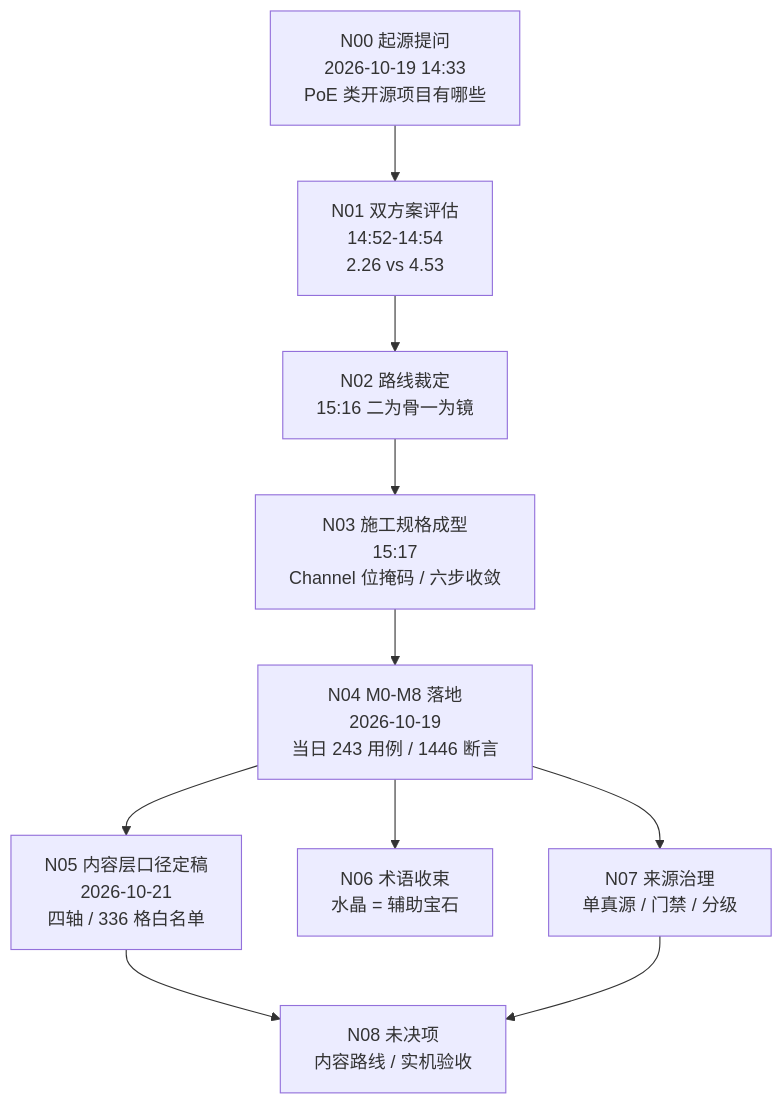
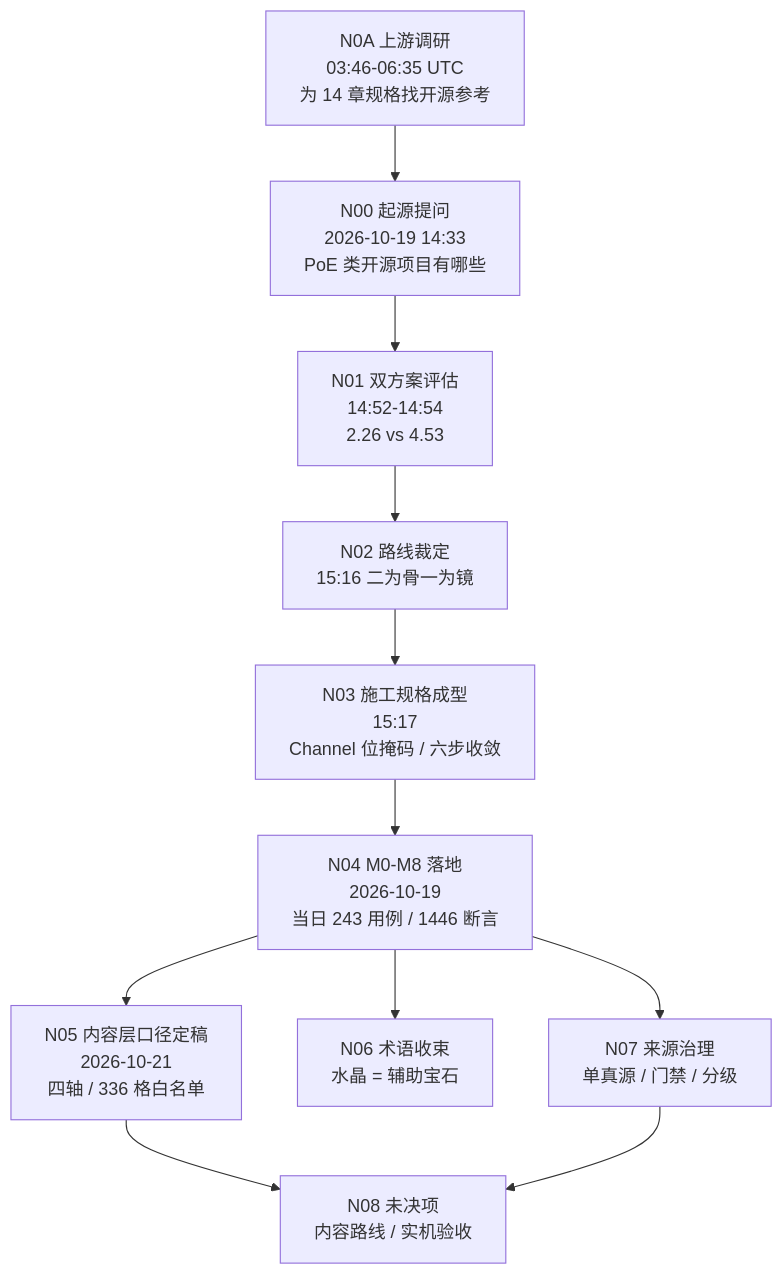
One commit to sg229552371/skill-editor-godot changed the diagram in mods/jes-skills/docs/项目记忆图谱与证据链_v1.md. Above: the diagram before and after it, drawn with Mermaid. The commit also changed other lines of this file and 3 other files, not shown here.

````diff
--- a/mods/jes-skills/docs/项目记忆图谱与证据链_v1.md
+++ b/mods/jes-skills/docs/项目记忆图谱与证据链_v1.md
@@ -29,12 +29,13 @@
 ```mermaid
 graph TD
+    N0A["N0A 上游调研<br/>03:46-06:35 UTC<br/>为 14 章规格找开源参考"] --> N00
     N00["N00 起源提问<br/>2026-10-19 14:33<br/>PoE 类开源项目有哪些"] --> N01
     N01["N01 双方案评估<br/>14:52-14:54<br/>2.26 vs 4.53"] --> N02
     N02["N02 路线裁定<br/>15:16 二为骨一为镜"] --> N03
     N03["N03 施工规格成型<br/>15:17<br/>Channel 位掩码 / 六步收敛"] --> N04
     N04["N04 M0-M8 落地<br/>2026-10-19<br/>当日 243 用例 / 1446 断言"] --> N05
     N05["N05 内容层口径定稿<br/>2026-10-21<br/>四轴 / 336 格白名单"] --> N08
     N04 --> N06["N06 术语收束<br/>水晶 = 辅助宝石"]
     N04 --> N07["N07 来源治理<br/>单真源 / 门禁 / 分级"]
     N07 --> N08["N08 未决项<br/>内容路线 / 实机验收"]
 ```
````
